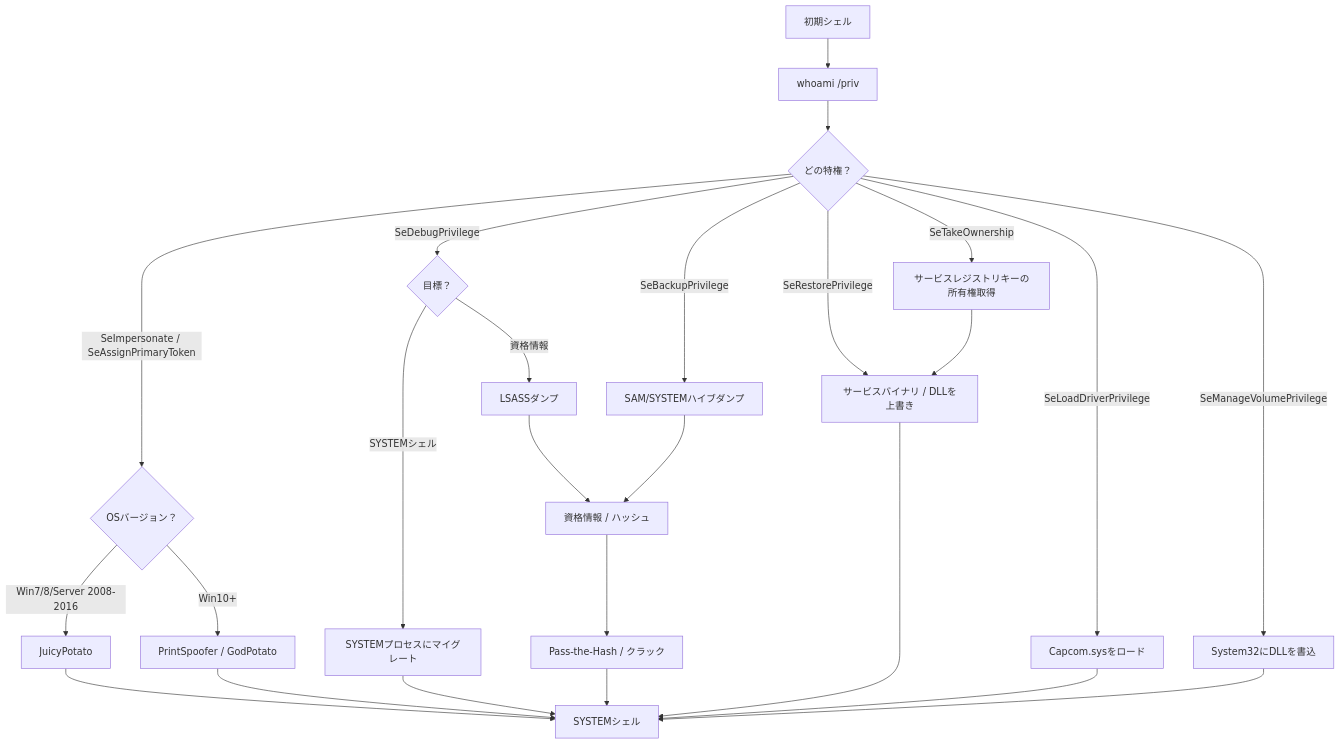
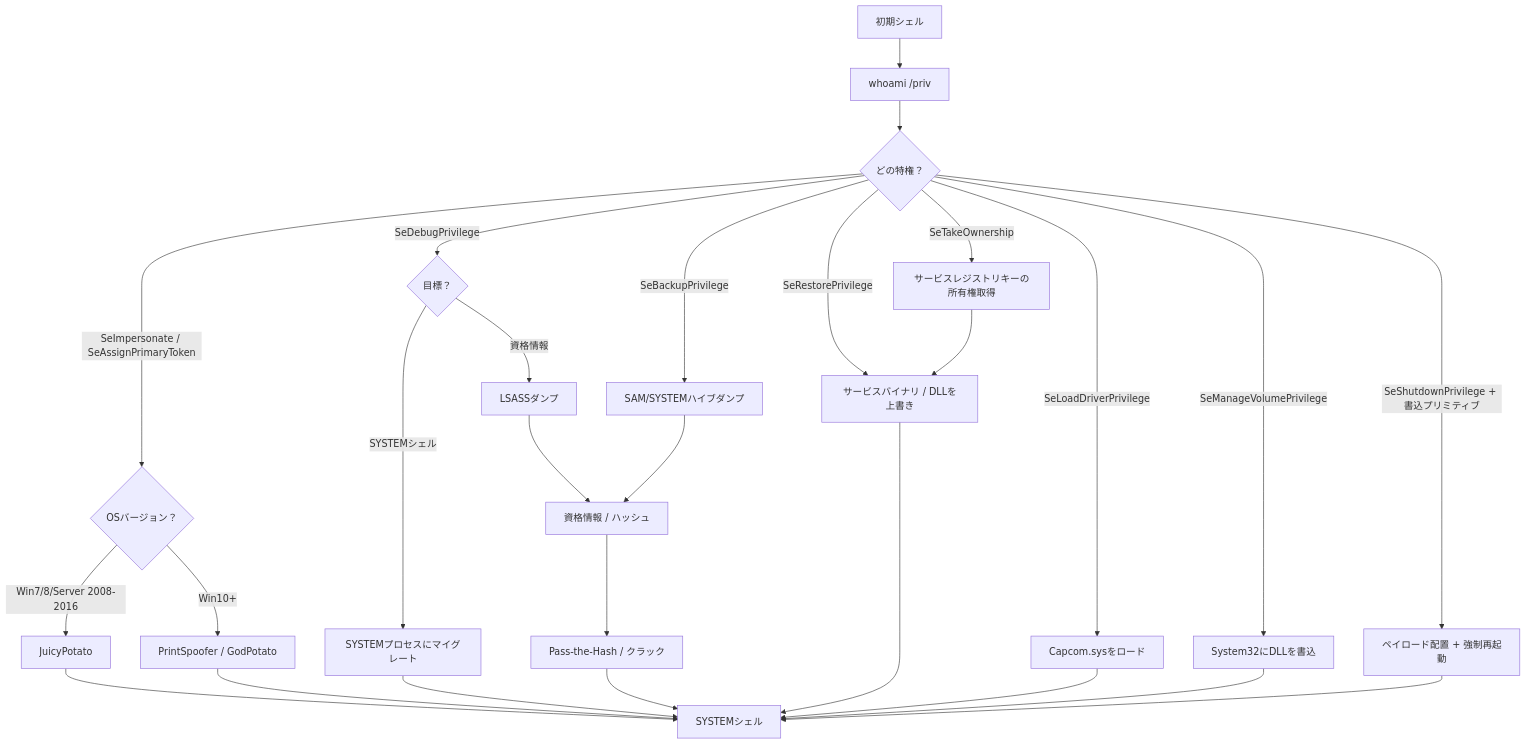
Before and after one commit to morimori-dev/morimori-dev.github.io: the second of 2 diagrams in _posts/2026-03-11-tech-windows-token-privilege-escalation-ja.md, drawn with Mermaid. The commit also changed other lines of this file and 1 other file, not shown here.

First line of the commit message:
Expand SeShutdownPrivilege section with combination attack patterns

````diff
--- a/_posts/2026-03-11-tech-windows-token-privilege-escalation-ja.md
+++ b/_posts/2026-03-11-tech-windows-token-privilege-escalation-ja.md
@@ -546,35 +643,38 @@
 ```mermaid
 flowchart TD
     A["初期シェル"] --> B["whoami /priv"]
     B --> C{どの特権？}
 
     C -->|"SeImpersonate / SeAssignPrimaryToken"| D{OSバージョン？}
     D -->|"Win7/8/Server 2008-2016"| D1[JuicyPotato]
     D -->|"Win10+"| D2["PrintSpoofer / GodPotato"]
     D1 --> SYSTEM[SYSTEMシェル]
     D2 --> SYSTEM
 
     C -->|SeDebugPrivilege| E{目標？}
     E -->|SYSTEMシェル| E1["SYSTEMプロセスにマイグレート"]
     E -->|資格情報| E2["LSASSダンプ"]
     E1 --> SYSTEM
     E2 --> CREDS["資格情報 / ハッシュ"]
 
     C -->|SeBackupPrivilege| F["SAM/SYSTEMハイブダンプ"]
     F --> CREDS
 
     C -->|SeRestorePrivilege| G["サービスバイナリ / DLLを上書き"]
     G --> SYSTEM
 
     C -->|SeTakeOwnership| H["サービスレジストリキーの所有権取得"]
     H --> G
 
     C -->|SeLoadDriverPrivilege| I["Capcom.sysをロード"]
     I --> SYSTEM
 
     C -->|SeManageVolumePrivilege| J["System32にDLLを書込"]
     J --> SYSTEM
 
+    C -->|"SeShutdownPrivilege + 書込プリミティブ"| L["ペイロード配置 + 強制再起動"]
+    L --> SYSTEM
+
     CREDS --> K["Pass-the-Hash / クラック"]
     K --> SYSTEM
 ```
````
